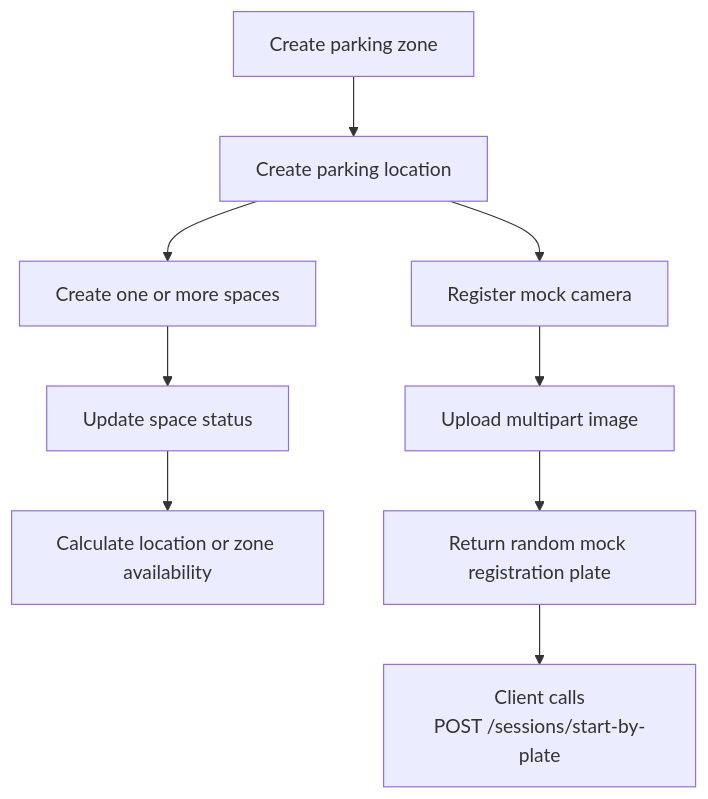
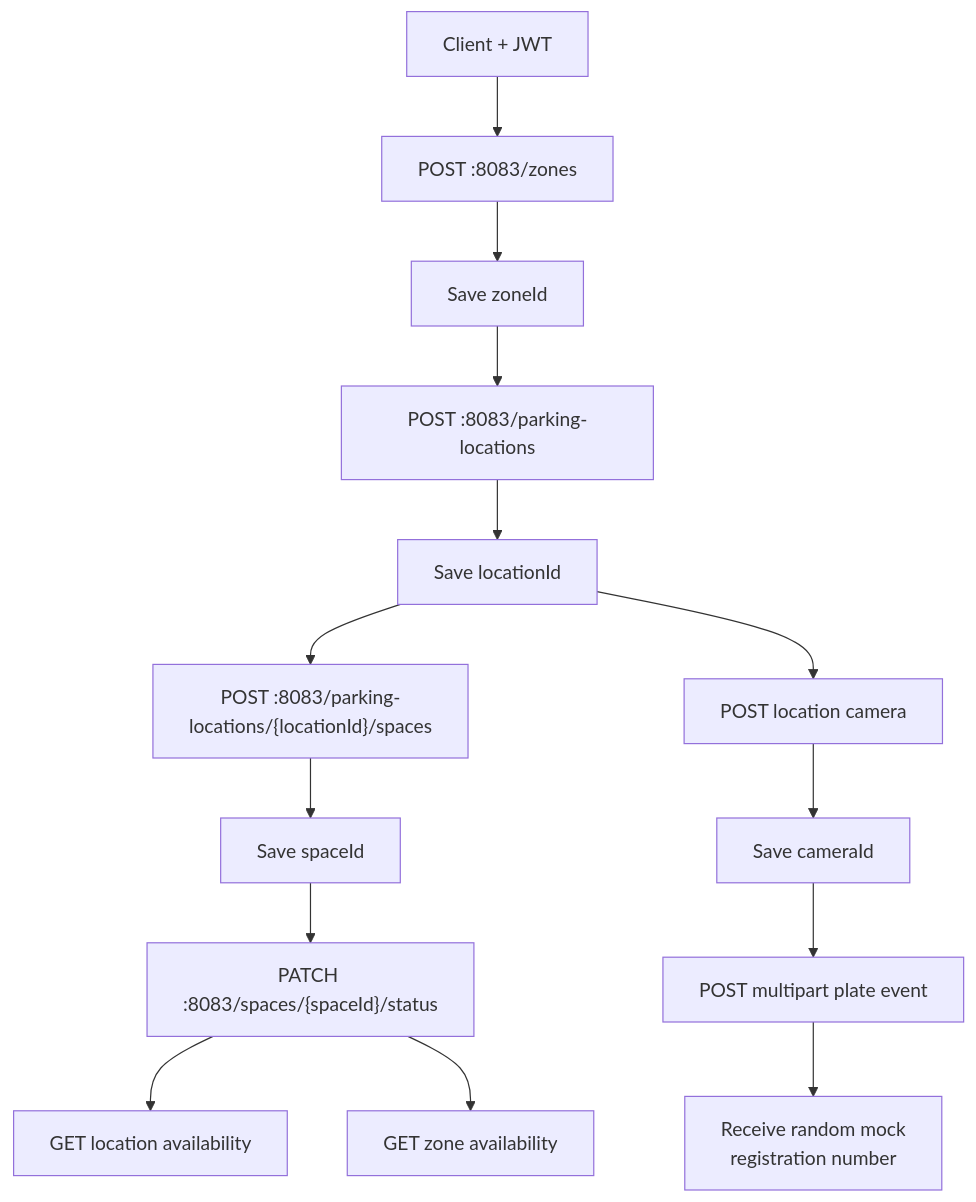
The sixth of 11 diagrams in Parking_Microservices_Architecture.md (sangeethadhatrika510-svg/test-parking-api-testing), drawn with Mermaid before and after one commit. The commit also changed other lines of this file, not shown here.

First line of the commit message:
Update Parking_Microservices_Architecture.md

````diff
--- a/Parking_Microservices_Architecture.md
+++ b/Parking_Microservices_Architecture.md
@@ -249,12 +142,20 @@
 ```mermaid
 flowchart TD
-    Zone["Create parking zone"] --> Location["Create parking location"]
-    Location --> Space["Create one or more spaces"]
-    Space --> Status["Update space status"]
-    Status --> Availability["Calculate location or zone availability"]
+    Client["Client + JWT"] --> Zone["POST :8083/zones"]
+    Zone --> ZoneId["Save zoneId"]
 
-    Location --> Camera["Register mock camera"]
-    Camera --> Upload["Upload multipart image"]
-    Upload --> Plate["Return random mock registration plate"]
-    Plate --> Session["Client calls<br/>POST /sessions/start-by-plate"]
+    ZoneId --> Location["POST :8083/parking-locations"]
+    Location --> LocationId["Save locationId"]
+
+    LocationId --> Space["POST :8083/parking-locations/{locationId}/spaces"]
+    Space --> SpaceId["Save spaceId"]
+
+    SpaceId --> Update["PATCH :8083/spaces/{spaceId}/status"]
+    Update --> LocationAvailability["GET location availability"]
+    Update --> ZoneAvailability["GET zone availability"]
+
+    LocationId --> Camera["POST location camera"]
+    Camera --> CameraId["Save cameraId"]
+    CameraId --> Scan["POST multipart plate event"]
+    Scan --> Plate["Receive random mock<br/>registration number"]
 ```
````
